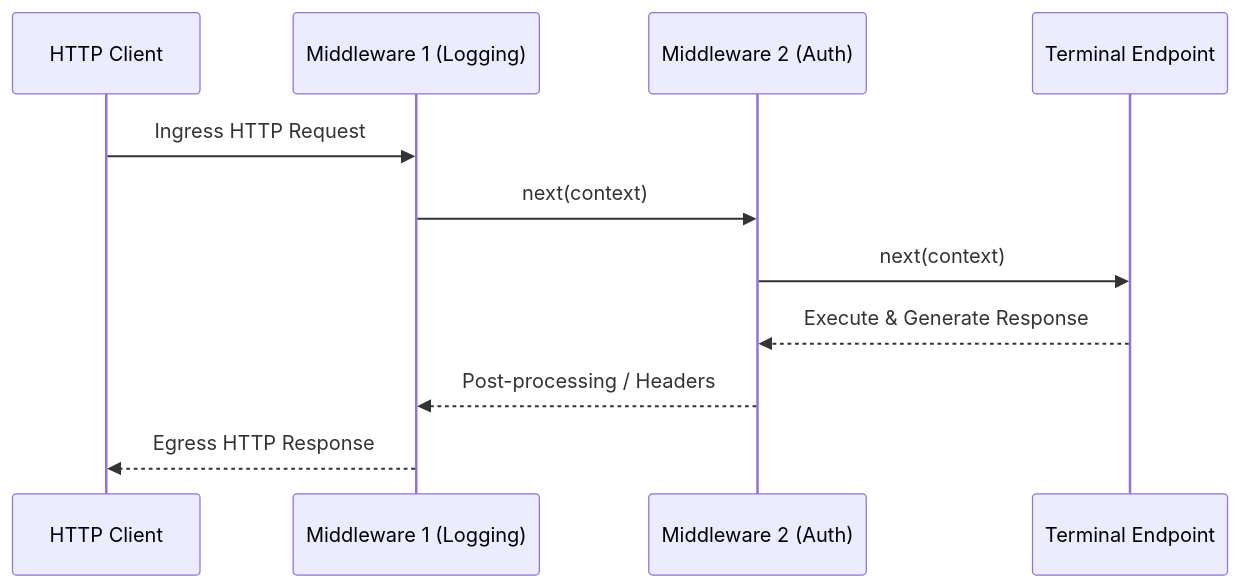
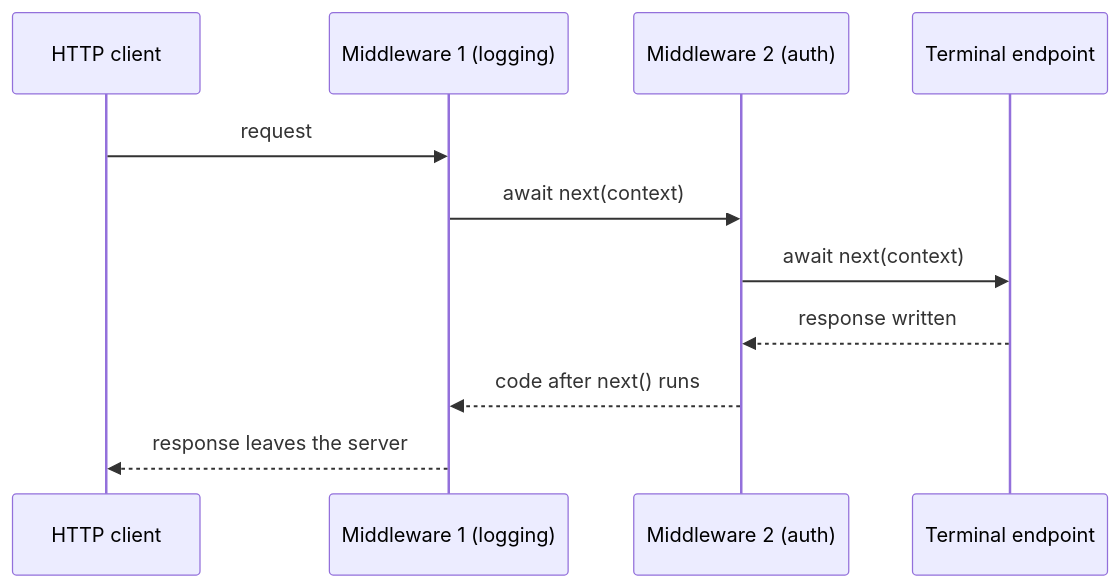
Before and after one commit to TheLearningHubOrg/learn-dot-net: the ninth of 20 diagrams in README.md, drawn with Mermaid. The commit also changed other lines of this file and 29 other files, not shown here.

````diff
--- a/README.md
+++ b/README.md
@@ -162,14 +970,13 @@
 ```mermaid
 sequenceDiagram
-    participant C as HTTP Client
-    participant M1 as Middleware 1 (Logging)
-    participant M2 as Middleware 2 (Auth)
-    participant E as Terminal Endpoint
-
-    C->>M1: Ingress HTTP Request
-    M1->>M2: next(context)
-    M2->>E: next(context)
-    E-->>M2: Execute & Generate Response
-    M2-->>M1: Post-processing / Headers
-    M1-->>C: Egress HTTP Response
+    participant C as HTTP client
+    participant M1 as Middleware 1 (logging)
+    participant M2 as Middleware 2 (auth)
+    participant E as Terminal endpoint
+    C->>M1: request
+    M1->>M2: await next(context)
+    M2->>E: await next(context)
+    E-->>M2: response written
+    M2-->>M1: code after next() runs
+    M1-->>C: response leaves the server
 ```
````
